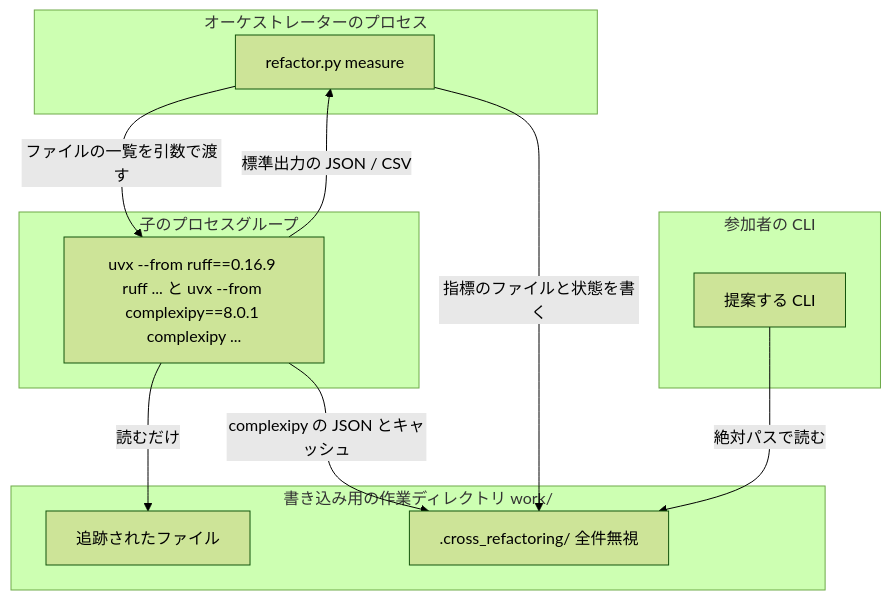
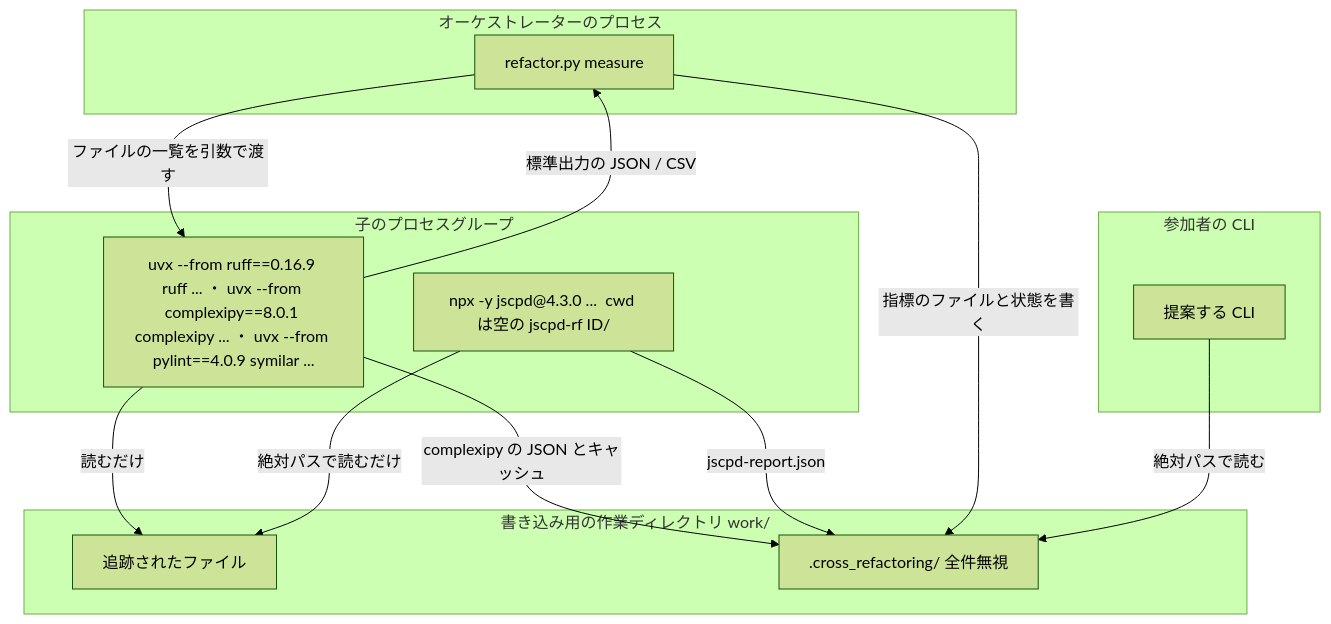
Before and after one commit to devbasex/ai-plugins: the third of 7 diagrams in issues/issue-1319-design.md, drawn with Mermaid (forest theme). The commit also changed other lines of this file and 2 other files, not shown here.

First line of the commit message:
Update: #1319 の設計に重複検出（pylint と jscpd）を足す

````diff
--- a/issues/issue-1319-design.md
+++ b/issues/issue-1319-design.md
@@ -171,22 +178,25 @@
 ```mermaid
 graph TD
     subgraph オーケストレーターのプロセス
         M[refactor.py measure]
     end
     subgraph 子のプロセスグループ
-        U[uvx --from ruff==0.16.9 ruff ... と uvx --from complexipy==8.0.1 complexipy ...]
+        U[uvx --from ruff==0.16.9 ruff ... ・ uvx --from complexipy==8.0.1 complexipy ... ・ uvx --from pylint==4.0.9 symilar ...]
+        J[npx -y jscpd@4.3.0 ...  cwd は空の jscpd-rf ID/]
     end
     subgraph 書き込み用の作業ディレクトリ work/
         S[追跡されたファイル]
         TMP[.cross_refactoring/ 全件無視]
     end
     subgraph 参加者の CLI
         R[提案する CLI]
     end
     M -- ファイルの一覧を引数で渡す --> U
     U -- 読むだけ --> S
     U -- 標準出力の JSON / CSV --> M
     U -- complexipy の JSON とキャッシュ --> TMP
+    J -- 絶対パスで読むだけ --> S
+    J -- jscpd-report.json --> TMP
     M -- 指標のファイルと状態を書く --> TMP
     R -- 絶対パスで読む --> TMP
 ```
````
